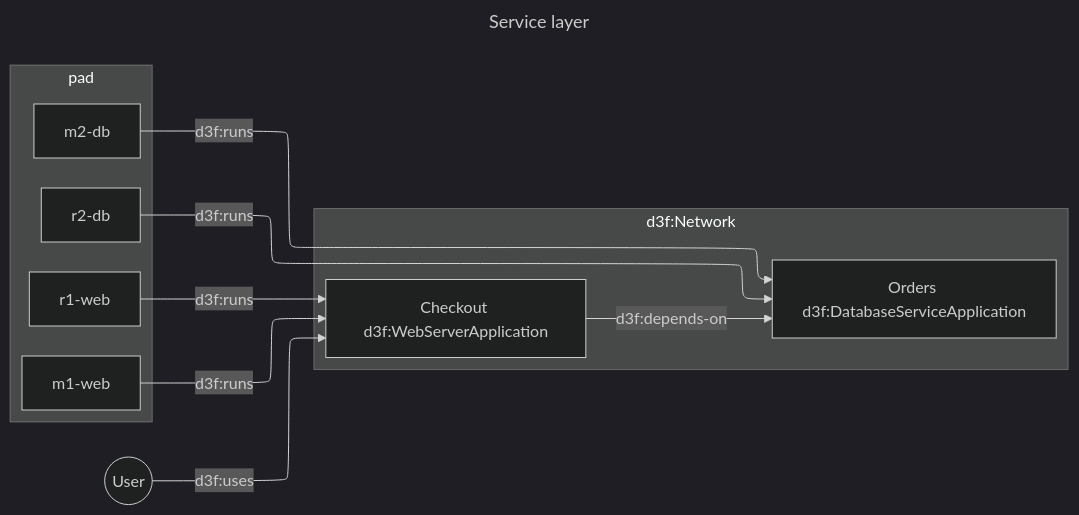
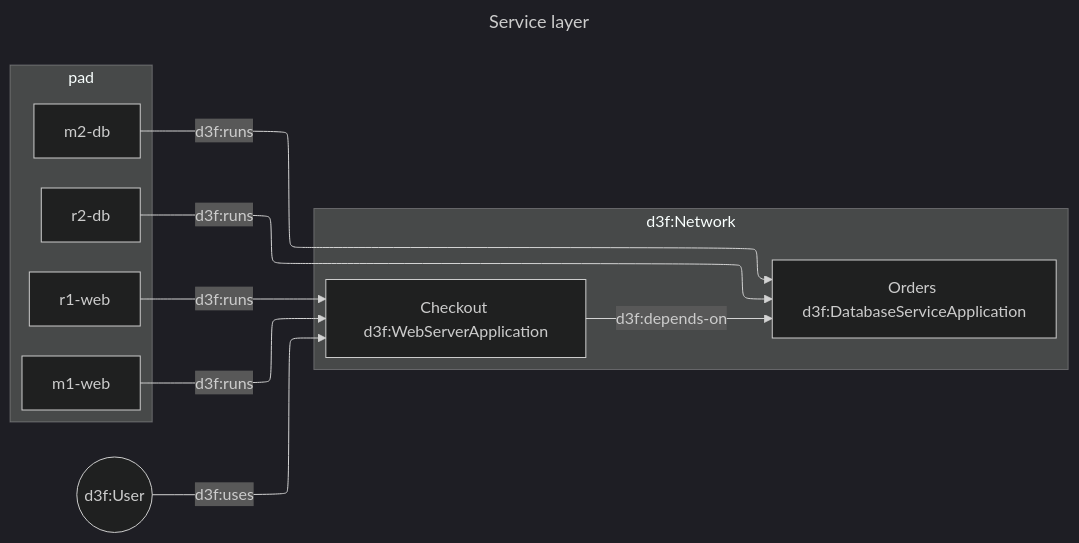
The second of 3 diagrams in app/src/data/examples/multi-site-platform.md (ioggstream/d3sign), drawn with Mermaid (dark theme) before and after one commit. The commit also changed 4 other files, not shown here.

````diff
--- a/app/src/data/examples/multi-site-platform.md
+++ b/app/src/data/examples/multi-site-platform.md
@@ -53,26 +53,26 @@
 ```mermaid
 ---
 id: application
 title: Service layer
 config:
   layout: elk
 ---
 graph LR
-u((User))
+u((d3f:User))
 
 subgraph provider[d3f:Network]
   checkout[Checkout d3f:WebServerApplication]
   orders[Orders d3f:DatabaseServiceApplication]
 end
 
 u -->|d3f:uses| checkout
 checkout -->|d3f:depends-on| orders
 
 subgraph pad
 %% Bindings between nodes and service applications.
 m1-web -->|d3f:runs| checkout
 r1-web -->|d3f:runs| checkout
 r2-db & m2-db -->|d3f:runs| orders
 
 end
 ```
````
